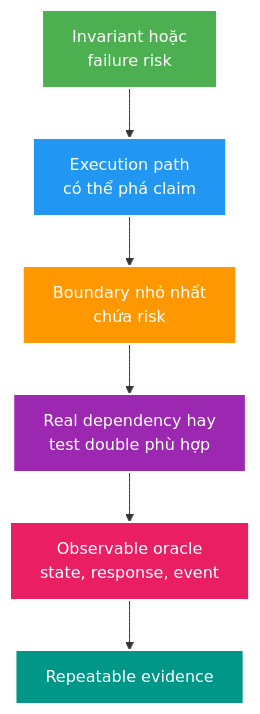
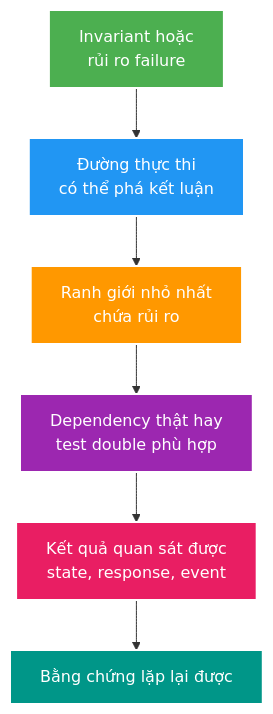
One commit to HungPhan200591/live-stream-backend changed the diagram in docs/learning/topics/testing/theory/core/testing-strategy-and-hermetic-tests.md. Above: the diagram before and after it, drawn with Mermaid. The commit also changed 177 other files, not shown here.

````diff
--- a/docs/learning/topics/testing/theory/core/testing-strategy-and-hermetic-tests.md
+++ b/docs/learning/topics/testing/theory/core/testing-strategy-and-hermetic-tests.md
@@ -56,15 +56,15 @@
 ```mermaid
 flowchart TB
-    I["Invariant hoặc<br/>failure risk"] --> P["Execution path<br/>có thể phá claim"]
-    P --> B["Boundary nhỏ nhất<br/>chứa risk"]
-    B --> D["Real dependency hay<br/>test double phù hợp"]
-    D --> O["Observable oracle<br/>state, response, event"]
-    O --> E["Repeatable evidence"]
+    I["Invariant hoặc<br/>rủi ro failure"] --> P["Đường thực thi<br/>có thể phá kết luận"]
+    P --> B["Ranh giới nhỏ nhất<br/>chứa rủi ro"]
+    B --> D["Dependency thật hay<br/>test double phù hợp"]
+    D --> O["Kết quả quan sát được<br/>state, response, event"]
+    O --> E["Bằng chứng lặp lại được"]
 
     style I fill:#4CAF50,stroke:#fff,stroke-width:2px,color:#fff
     style P fill:#2196F3,stroke:#fff,stroke-width:2px,color:#fff
     style B fill:#FF9800,stroke:#fff,stroke-width:2px,color:#fff
     style D fill:#9C27B0,stroke:#fff,stroke-width:2px,color:#fff
     style O fill:#E91E63,stroke:#fff,stroke-width:2px,color:#fff
     style E fill:#009688,stroke:#fff,stroke-width:2px,color:#fff
 ```
````
